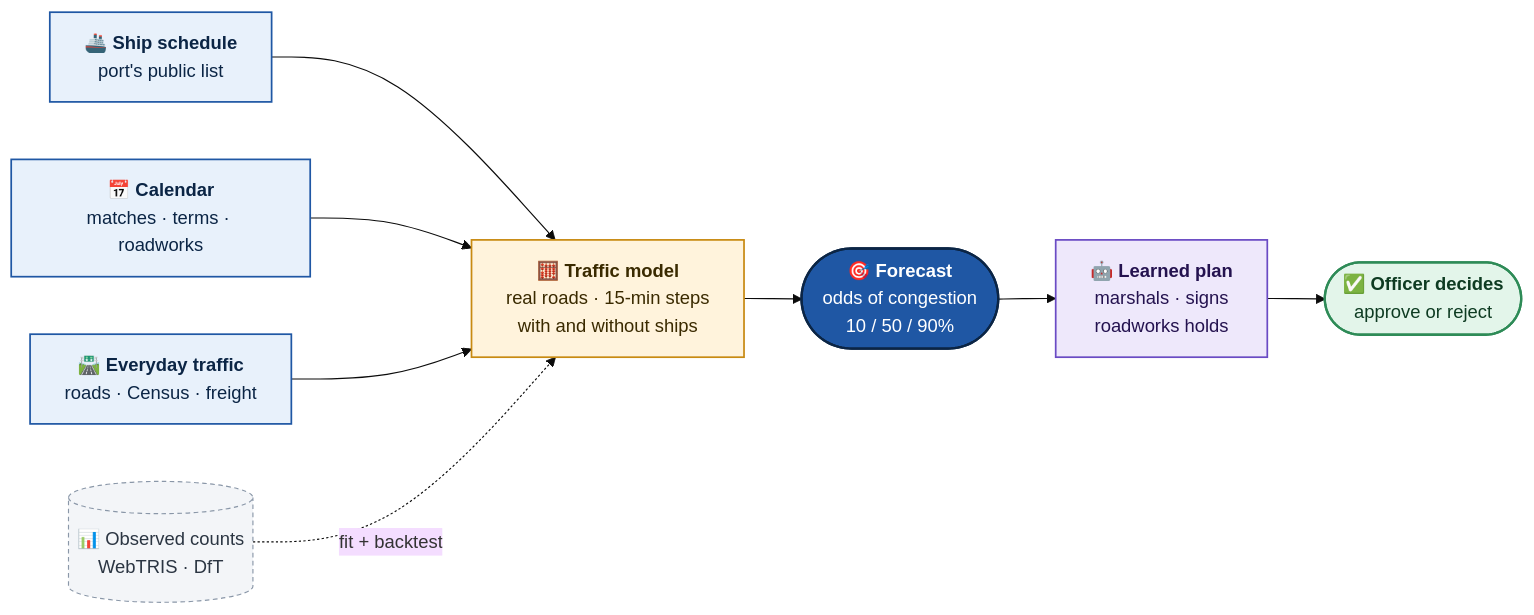
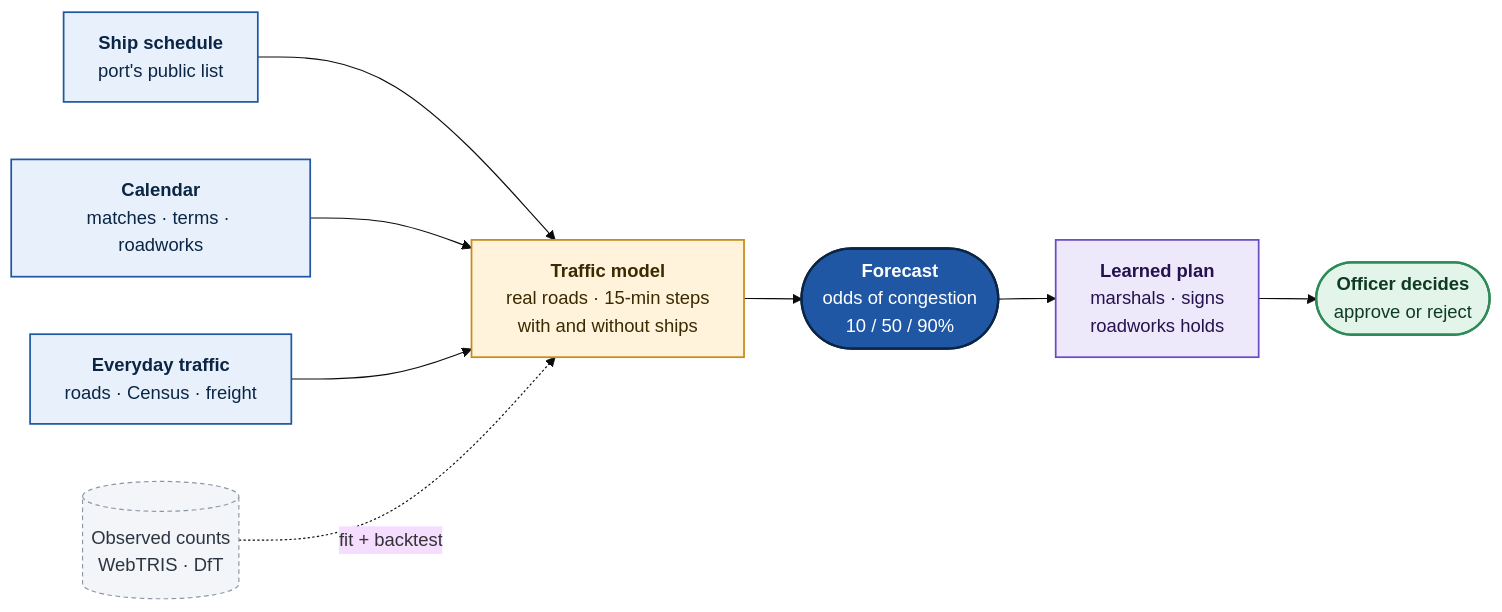
Before and after one commit to Alex-Sebastian-Ene/Sotonship26: the diagram in README.md, drawn with Mermaid (base theme).

Commit message:
README diagram: no emoji

````diff
--- a/README.md
+++ b/README.md
@@ -31,28 +31,28 @@
 ```mermaid
 flowchart LR
-    ships["🚢 <b>Ship schedule</b><br/>port's public list"]
-    events["📅 <b>Calendar</b><br/>matches · terms · roadworks"]
-    base["🛣️ <b>Everyday traffic</b><br/>roads · Census · freight"]
+    ships["<b>Ship schedule</b><br/>port's public list"]
+    events["<b>Calendar</b><br/>matches · terms · roadworks"]
+    base["<b>Everyday traffic</b><br/>roads · Census · freight"]
 
-    model["🧮 <b>Traffic model</b><br/>real roads · 15-min steps<br/>with and without ships"]
-    obs[("📊 Observed counts<br/>WebTRIS · DfT")]
-    fc(["🎯 <b>Forecast</b><br/>odds of congestion<br/>10 / 50 / 90%"])
-    ai["🤖 <b>Learned plan</b><br/>marshals · signs<br/>roadworks holds"]
-    officer(["✅ <b>Officer decides</b><br/>approve or reject"])
+    model["<b>Traffic model</b><br/>real roads · 15-min steps<br/>with and without ships"]
+    obs[("Observed counts<br/>WebTRIS · DfT")]
+    fc(["<b>Forecast</b><br/>odds of congestion<br/>10 / 50 / 90%"])
+    ai["<b>Learned plan</b><br/>marshals · signs<br/>roadworks holds"]
+    officer(["<b>Officer decides</b><br/>approve or reject"])
 
     ships & events & base --> model --> fc --> ai --> officer
     obs -. "fit + backtest" .-> model
 
     classDef data fill:#E8F1FB,stroke:#1F57A4,color:#0B2545,stroke-width:1.5px
     classDef engine fill:#FFF3DC,stroke:#C88A12,color:#3A2A00,stroke-width:1.5px
     classDef result fill:#1F57A4,stroke:#0B2545,color:#FFFFFF,stroke-width:2px
     classDef ai fill:#EEE8FB,stroke:#6A4BC4,color:#24124F,stroke-width:1.5px
     classDef human fill:#E3F5EA,stroke:#2E8B57,color:#0E3B22,stroke-width:2px
     classDef check fill:#F3F5F8,stroke:#8A97A8,color:#2B3542,stroke-dasharray:4 3
     class ships,events,base data
     class model engine
     class fc result
     class ai ai
     class officer human
     class obs check
 ```
````
